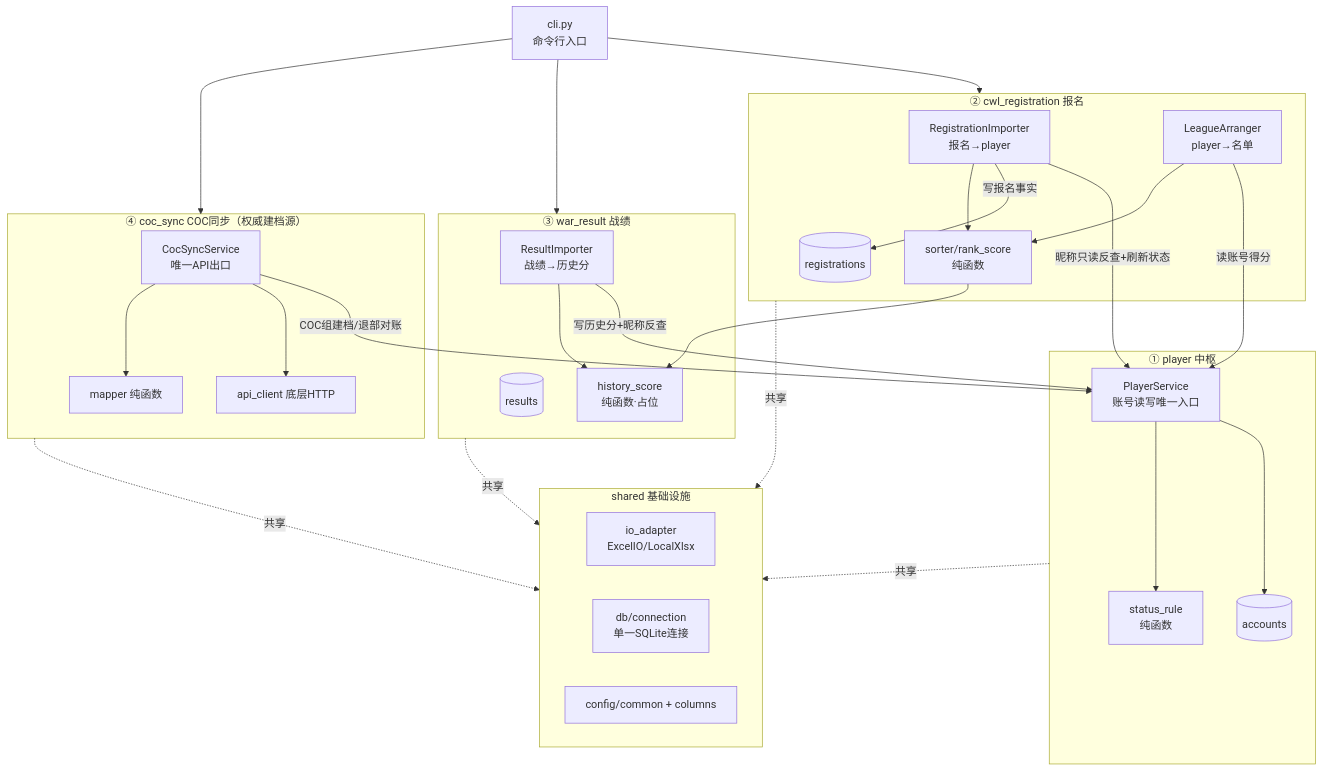
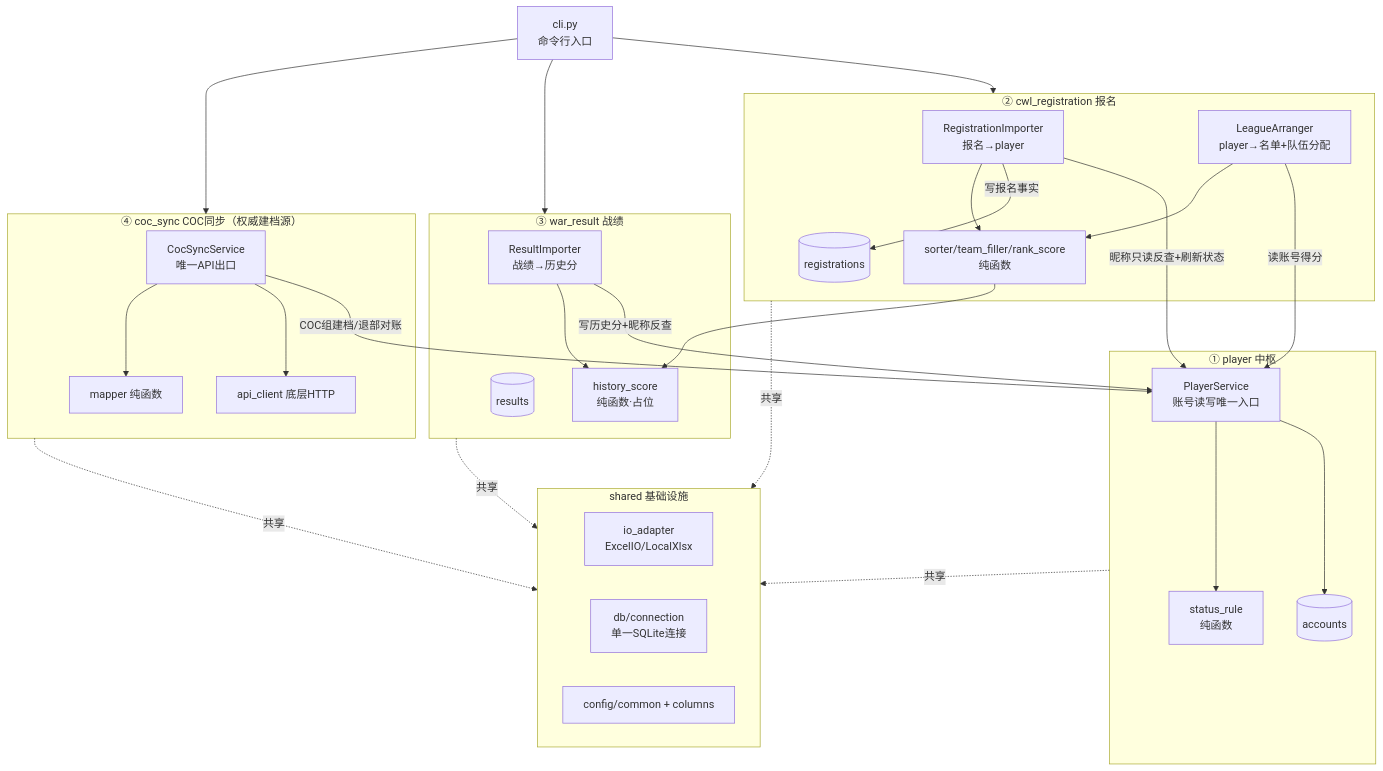
Before and after one commit to Pluto1944/sky-admin: the first of 2 diagrams in CODE_REVIEW.md, drawn with Mermaid. The commit also changed other lines of this file and 11 other files, not shown here.

First line of the commit message:
feat: add automatic team filling after league roster sorting

````diff
--- a/CODE_REVIEW.md
+++ b/CODE_REVIEW.md
@@ -17,45 +19,45 @@
 ```mermaid
 flowchart TD
     CLI[cli.py<br/>命令行入口]
 
     subgraph M2["② cwl_registration 报名"]
         IMP[RegistrationImporter<br/>报名→player]
-        ROS[LeagueArranger<br/>player→名单]
-        SORT[sorter/rank_score<br/>纯函数]
+        ROS[LeagueArranger<br/>player→名单+队伍分配]
+        SORT[sorter/team_filler/rank_score<br/>纯函数]
         RR[(registrations)]
     end
     subgraph M3["③ war_result 战绩"]
         RES[ResultImporter<br/>战绩→历史分]
         HS[history_score<br/>纯函数·占位]
         RES2[(results)]
     end
     subgraph M4["④ coc_sync COC同步（权威建档源）"]
         COC[CocSyncService<br/>唯一API出口]
         MAP[mapper 纯函数]
         API4[api_client 底层HTTP]
     end
     subgraph M1["① player 中枢"]
         PSVC[PlayerService<br/>账号读写唯一入口]
         ST[status_rule<br/>纯函数]
         PR[(accounts)]
     end
     subgraph INFRA["shared 基础设施"]
         IO[io_adapter<br/>ExcelIO/LocalXlsx]
         DB[db/connection<br/>单一SQLite连接]
         CFG[config/common + columns]
     end
 
     CLI --> M2 & M3 & M4
     IMP -->|昵称只读反查+刷新状态| PSVC
     IMP -->|写报名事实| RR
     ROS -->|读账号得分| PSVC
     RES -->|写历史分+昵称反查| PSVC
     COC -->|COC组建档/退部对账| PSVC
     COC --> API4 & MAP
     IMP --> SORT
     ROS --> SORT --> HS
     RES --> HS
     PSVC --> PR & ST
     M2 & M3 & M4 -.共享.-> INFRA
     M1 -.共享.-> INFRA
 ```
````
